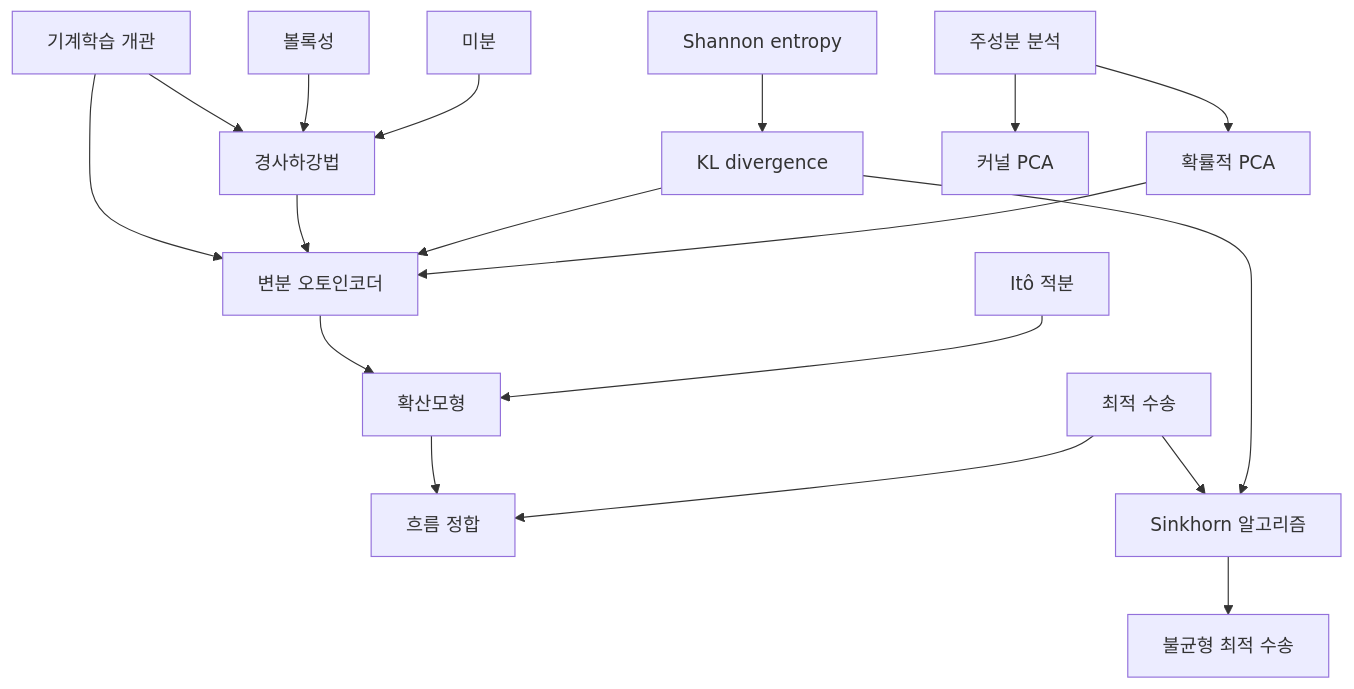
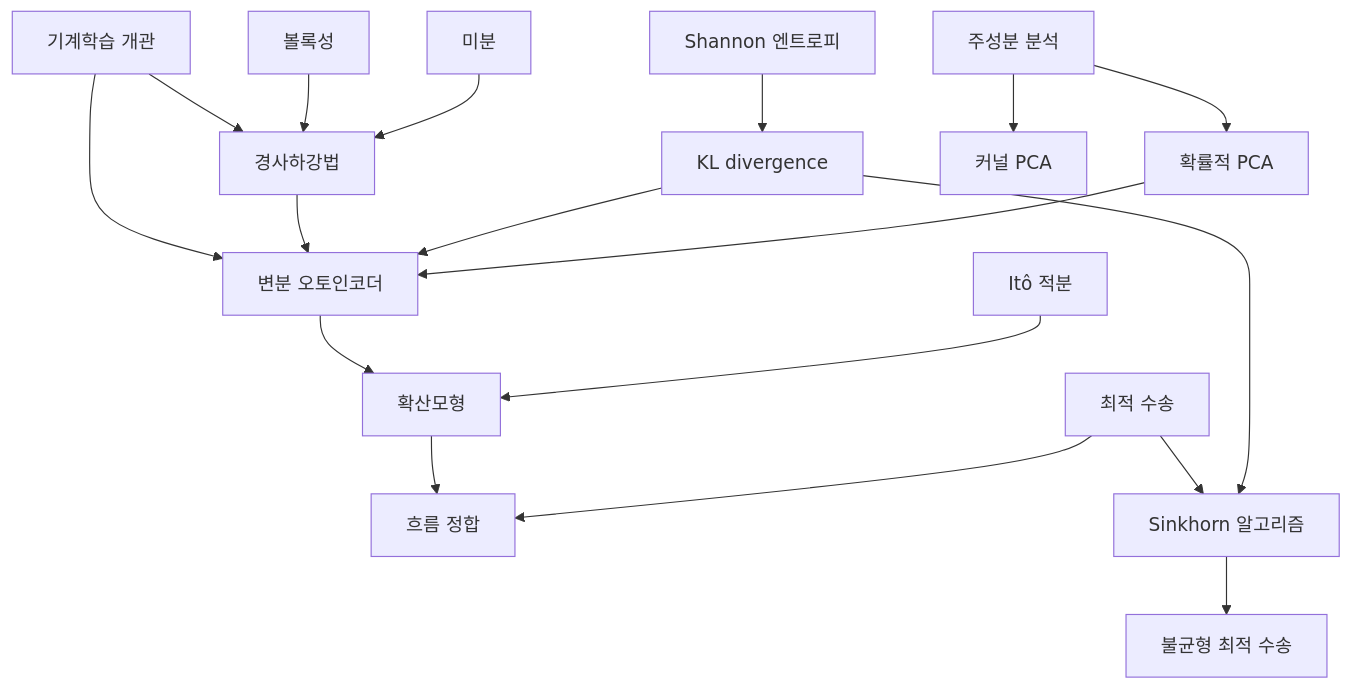
One commit to Phryxia/math-map changed the diagram in docs/machine-learning-overview.md. Above: the diagram before and after it, drawn with Mermaid. The commit also changed other lines of this file and 18 other files, not shown here.

First line of the commit message:
unify entropy as 엔트로피 and chain as 사슬 in Korean prose

````diff
--- a/docs/machine-learning-overview.md
+++ b/docs/machine-learning-overview.md
@@ -15,20 +15,20 @@
 ```mermaid
 graph TD
   MLO["기계학습 개관"] --> GD["경사하강법"]
   MLO --> VAE["변분 오토인코더"]
   CVX["볼록성"] --> GD
   DER["미분"] --> GD
   GD --> VAE
-  ENT["Shannon entropy"] --> KL["KL divergence"]
+  ENT["Shannon 엔트로피"] --> KL["KL divergence"]
   KL --> VAE
   PCA["주성분 분석"] --> PPCA["확률적 PCA"]
   PCA --> KPCA["커널 PCA"]
   PPCA --> VAE
   VAE --> DM["확산모형"]
   ITO["Itô 적분"] --> DM
   DM --> FM["흐름 정합"]
   OT["최적 수송"] --> FM
   OT --> SINK["Sinkhorn 알고리즘"]
   KL --> SINK
   SINK --> UOT["불균형 최적 수송"]
 ```
````
